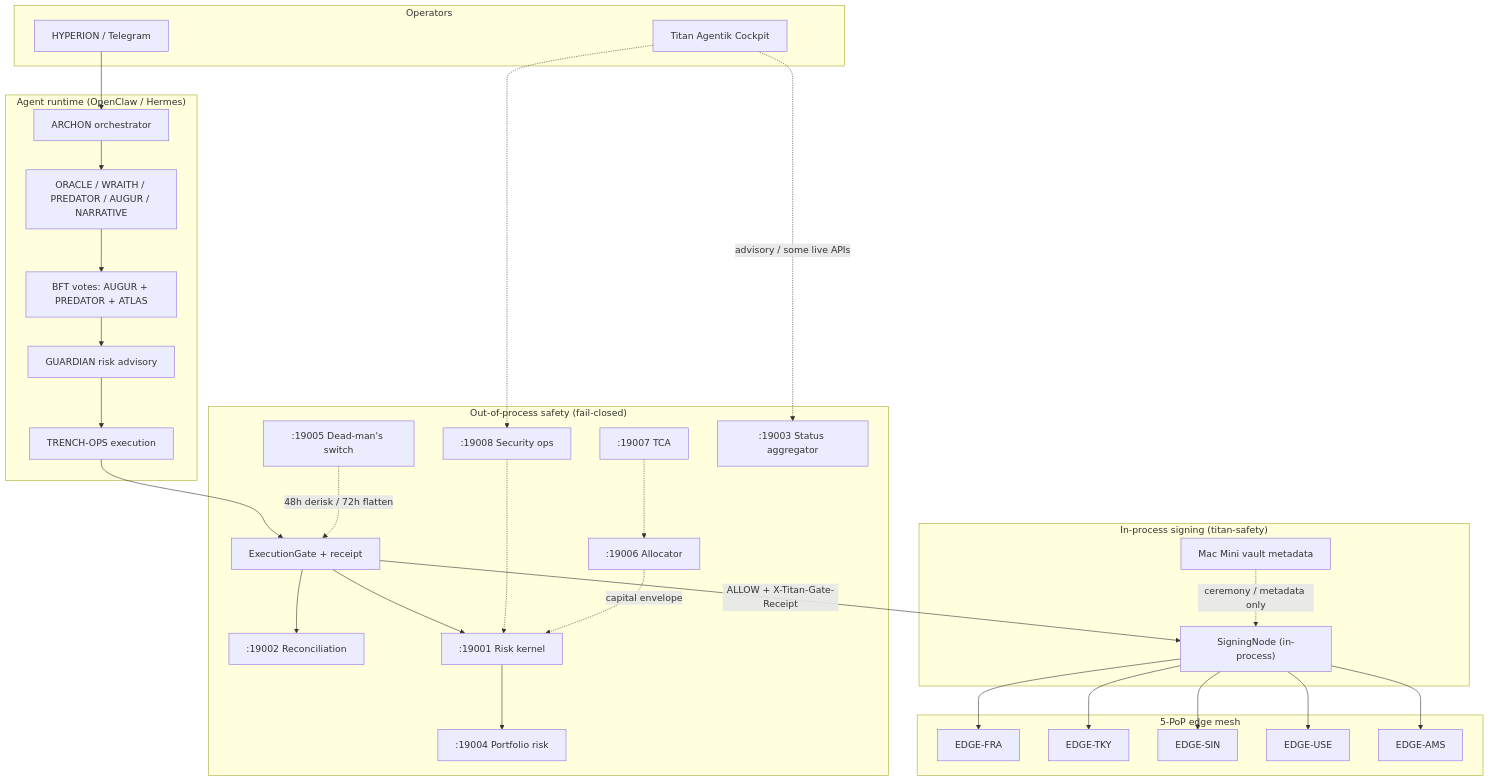
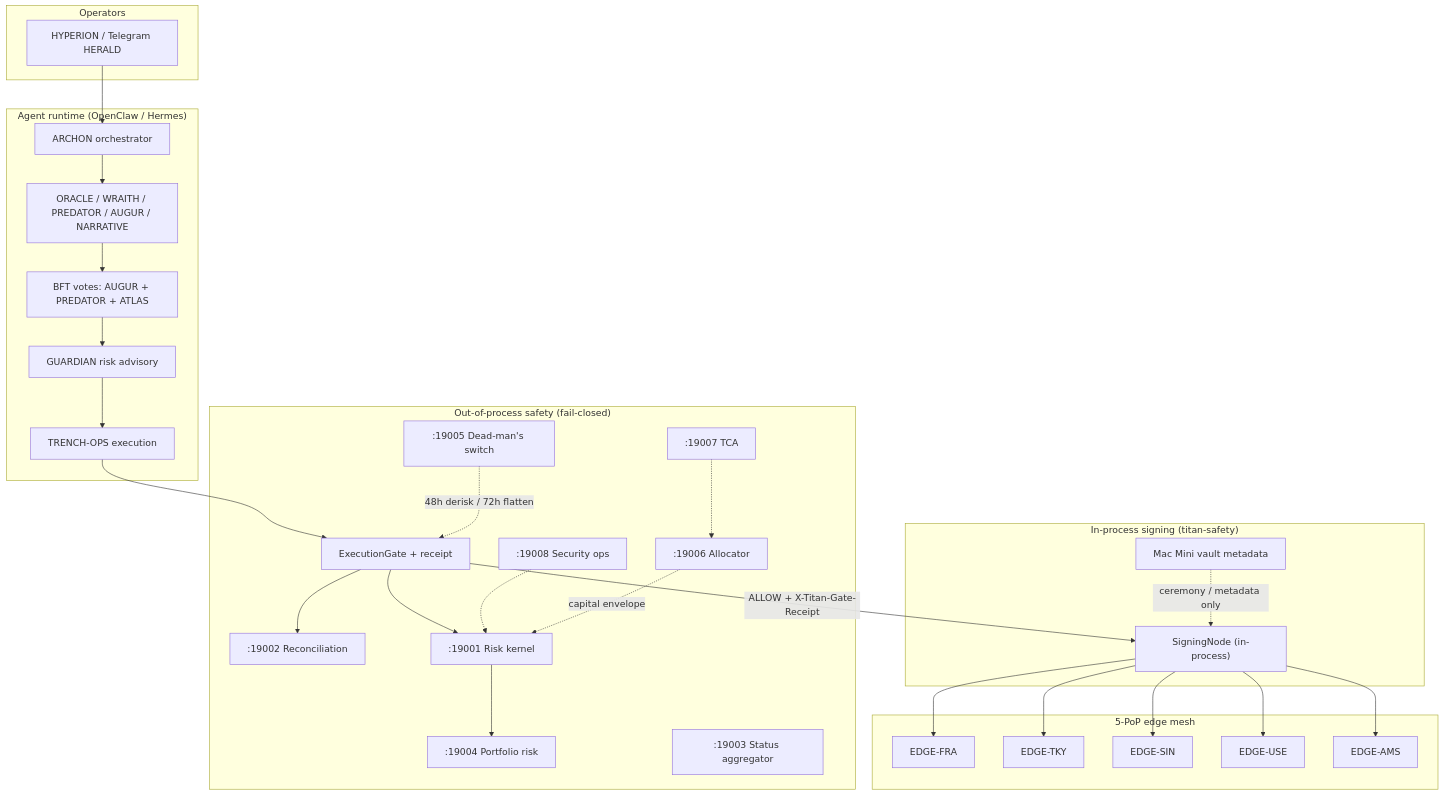
The first of 2 diagrams in SYSTEM.md (TitanAgentik/titan-deploy), drawn with Mermaid before and after one commit. The commit also changed other lines of this file and 94 other files, not shown here.

First line of the commit message:
Decommission web cockpit; make Telegram the sole operator surface.

````diff
--- a/SYSTEM.md
+++ b/SYSTEM.md
@@ -37,59 +37,56 @@
 ```mermaid
 flowchart TB
   subgraph Operators
-    HYPERION[HYPERION / Telegram]
-    COCKPIT[Titan Agentik Cockpit]
+    HYPERION[HYPERION / Telegram HERALD]
   end
 
   subgraph Agents["Agent runtime (OpenClaw / Hermes)"]
     ARCHON[ARCHON orchestrator]
     SIGNALS[ORACLE / WRAITH / PREDATOR / AUGUR / NARRATIVE]
     BFT[BFT votes: AUGUR + PREDATOR + ATLAS]
     GUARDIAN[GUARDIAN risk advisory]
     TRENCH[TRENCH-OPS execution]
   end
 
   subgraph Safety["Out-of-process safety (fail-closed)"]
     RECON[":19002 Reconciliation"]
     KERNEL[":19001 Risk kernel"]
     PORT[":19004 Portfolio risk"]
     GATE[ExecutionGate + receipt]
     SEC[":19008 Security ops"]
     ALLOC[":19006 Allocator"]
     TCA[":19007 TCA"]
     DMS[":19005 Dead-man's switch"]
     STATUS[":19003 Status aggregator"]
   end
 
   subgraph Signing["In-process signing (titan-safety)"]
     SIGN["SigningNode (in-process)"]
     VAULT[Mac Mini vault metadata]
   end
 
   subgraph Edge["5-PoP edge mesh"]
     FRA[EDGE-FRA]
     TKY[EDGE-TKY]
     SIN[EDGE-SIN]
     USE[EDGE-USE]
     AMS[EDGE-AMS]
   end
 
   HYPERION --> ARCHON
-  COCKPIT -.->|advisory / some live APIs| STATUS
-  COCKPIT -.-> SEC
   ARCHON --> SIGNALS
   SIGNALS --> BFT
   BFT --> GUARDIAN
   GUARDIAN --> TRENCH
   TRENCH --> GATE
   GATE --> RECON
   GATE --> KERNEL
   KERNEL --> PORT
   GATE -->|ALLOW + X-Titan-Gate-Receipt| SIGN
   VAULT -.->|ceremony / metadata only| SIGN
   SIGN --> FRA & TKY & SIN & USE & AMS
   SEC -.-> KERNEL
   ALLOC -.->|capital envelope| KERNEL
   TCA -.-> ALLOC
   DMS -.->|48h derisk / 72h flatten| GATE
 ```
````
